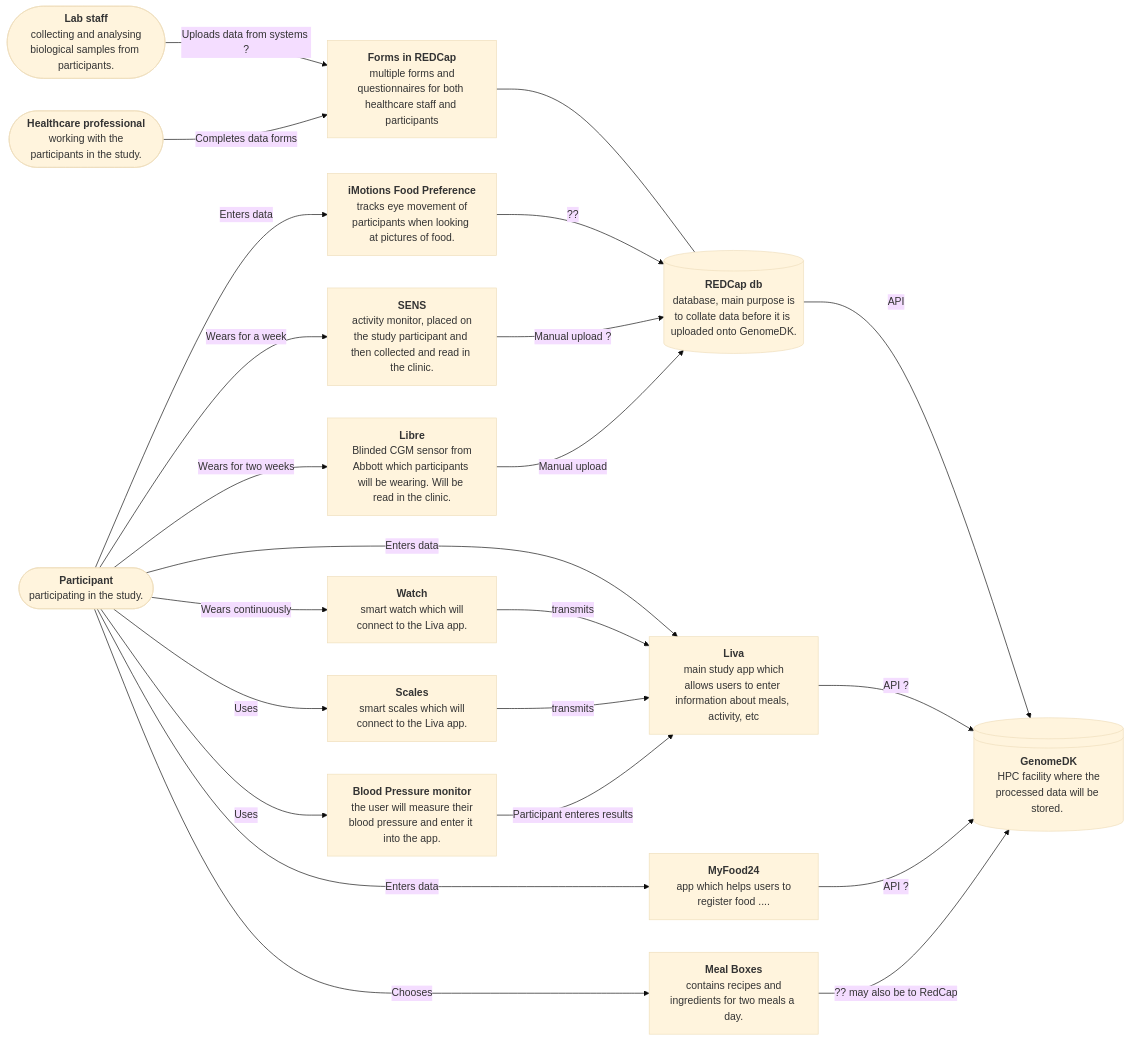
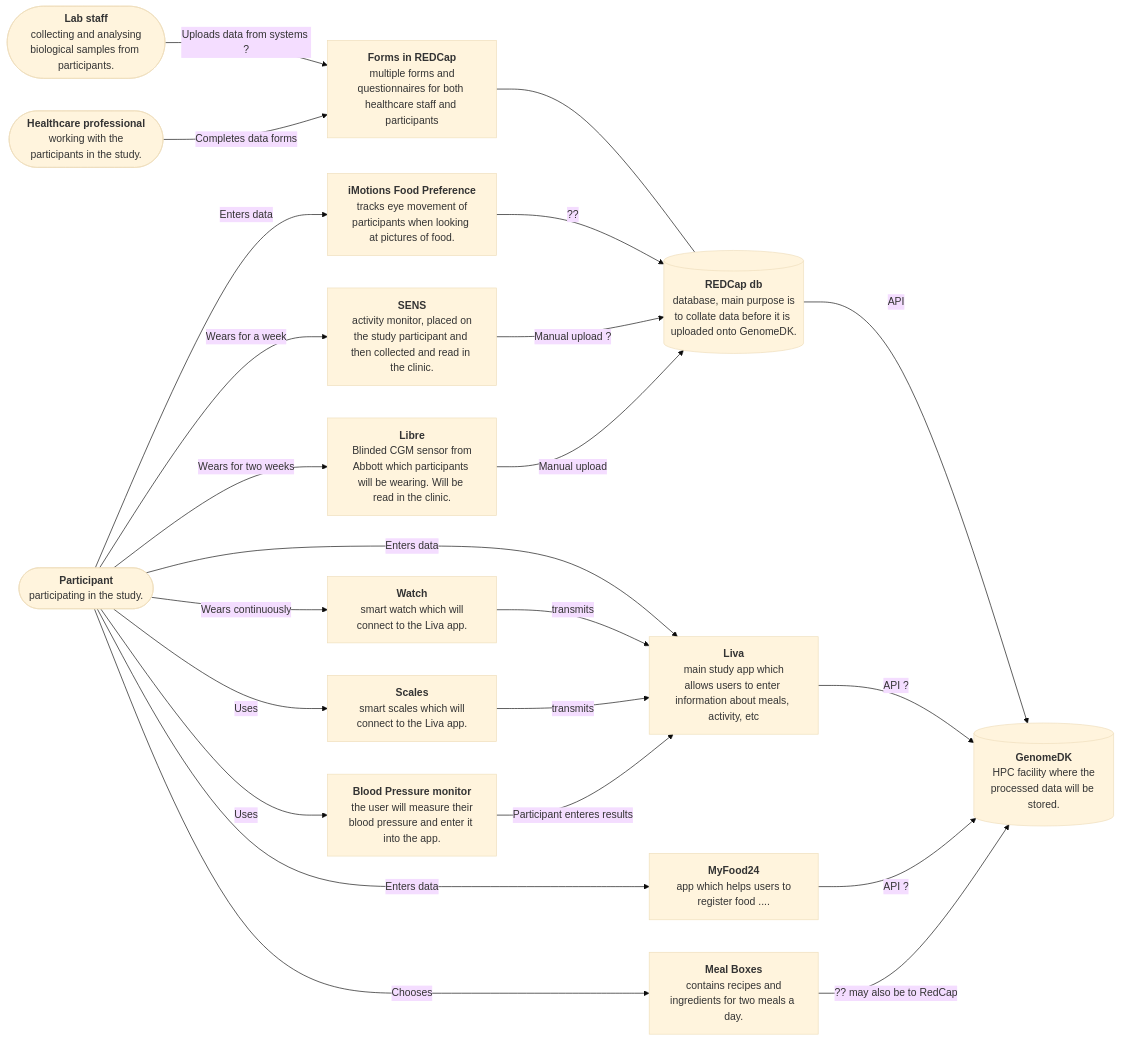
One commit to onlimit-study/dmp changed the diagram in documents/data-flow.qmd. Above: the diagram before and after it, drawn with Mermaid (base theme). The commit also changed other lines of this file and 1 other file, not shown here.

Commit message:
fix: :bug: convert to Mermaid so it can be bigger

````diff
--- a/documents/data-flow.qmd
+++ b/documents/data-flow.qmd
@@ -25,49 +21,48 @@
 ```{mermaid}
 %%| label: fig-c4-context
 %%| fig-cap: "Data flow in the ON LiMiT study, who generates data, where is does it enter, and how is it transmitted to storage."
+%%| column: page-right
 flowchart LR
 
-Lab@{shape: stadium, label: "<b>Lab staff</b><br> collecting and analysing biological samples from participants."}
-HP@{shape: stadium, label: "<b>Healthcare professional</b><br> working with the participants in the study."}
-Pt@{shape: stadium, label: "<b>Participant</b><br> participating in the study."}
-Red@{shape: cyl, label: "<b>REDCap db</b><br> database, main purpose is to collate data before it is uploaded onto GenomeDK."}
-Genome@{shape: lin-cyl, label: "<b>GenomeDK</b><br> HPC facility where the processed data will be stored. "}
+Lab(["<b>Lab staff</b><br> collecting and analysing biological samples from participants."])
+HP(["<b>Healthcare professional</b><br> working with the participants in the study."])
+Pt(["<b>Participant</b><br> participating in the study."])
+Red[("<b>REDCap db</b><br> database, main purpose is to collate data before it is uploaded onto GenomeDK.")]
+Genome[("<b>GenomeDK</b><br> HPC facility where the processed data will be stored. ")]
 
-Forms@{shape: proc, label: "<b>Forms in REDCap</b><br> multiple forms and questionnaires for both healthcare staff and participants"}
-Mons@{shape: proc, label: "<b>Liva</b><br> main study app which allows users to enter information about meals, activity, etc"}
-MyF@{shape: proc, label: "<b>MyFood24</b><br> app which helps users to register food ...."}
-iMo@{shape: proc, label: "<b>iMotions Food Preference</b><br> tracks eye movement of participants when looking at pictures of food."}
-Sen@{shape: proc, label: "<b>SENS</b><br> activity monitor, placed on the study participant and then collected and read in the clinic."}
-Lib@{shape: proc, label: "<b>Libre</b><br> Blinded CGM sensor from Abbott which participants will be wearing. Will be read in the clinic."}
-Watch@{shape: proc, label: "<b>Watch</b><br> smart watch which will connect to the Liva app."}
-Scales@{shape: proc, label: "<b>Scales</b><br> smart scales which will connect to the Liva app."}
-BP@{shape: proc, label: "<b>Blood Pressure monitor</b><br> the user will measure their blood pressure and enter it into the app."}
-MBox@{shape: proc, label: "<b>Meal Boxes</b><br> contains recipes and ingredients for two meals a day."}
-
-%%ID@{shape: proc, label: "<b>NAME</b><br> description ...."}
+Forms["<b>Forms in REDCap</b><br> multiple forms and questionnaires for both healthcare staff and participants"]
+Mons["<b>Liva</b><br> main study app which allows users to enter information about meals, activity, etc"]
+MyF["<b>MyFood24</b><br> app which helps users to register food ...."]
+iMo["<b>iMotions Food Preference</b><br> tracks eye movement of participants when looking at pictures of food."]
+Sen["<b>SENS</b><br> activity monitor, placed on the study participant and then collected and read in the clinic."]
+Lib["<b>Libre</b><br> Blinded CGM sensor from Abbott which participants will be wearing. Will be read in the clinic."]
+Watch["<b>Watch</b><br> smart watch which will connect to the Liva app."]
+Scales["<b>Scales</b><br> smart scales which will connect to the Liva app."]
+BP["<b>Blood Pressure monitor</b><br> the user will measure their blood pressure and enter it into the app."]
+MBox["<b>Meal Boxes</b><br> contains recipes and ingredients for two meals a day."]
 
 Lab -->|Uploads data from systems ?| Forms
 HP --> |Completes data forms| Forms
 Forms --- Red
 Red -->|API| Genome
 
 Pt -->|Enters data| Mons
 Pt -->|Enters data| MyF
 Pt -->|Enters data| iMo
 Pt -->|Wears for a week| Sen
 Pt -->|Wears for two weeks| Lib
 Pt -->|Wears continuously| Watch
 Pt --> |Uses| Scales
 Pt --> |Uses|BP
 Pt --> |Chooses| MBox
 
 iMo --> |??| Red
 Sen -->|Manual upload ?| Red
 Lib -->|Manual upload| Red
 Watch -->|transmits| Mons
 Scales -->|transmits| Mons
 BP -->|Participant enteres results| Mons
 Mons --> |API ?| Genome
 MyF --> |API ?| Genome
 MBox --> |?? may also be to RedCap| Genome
 ```
````
